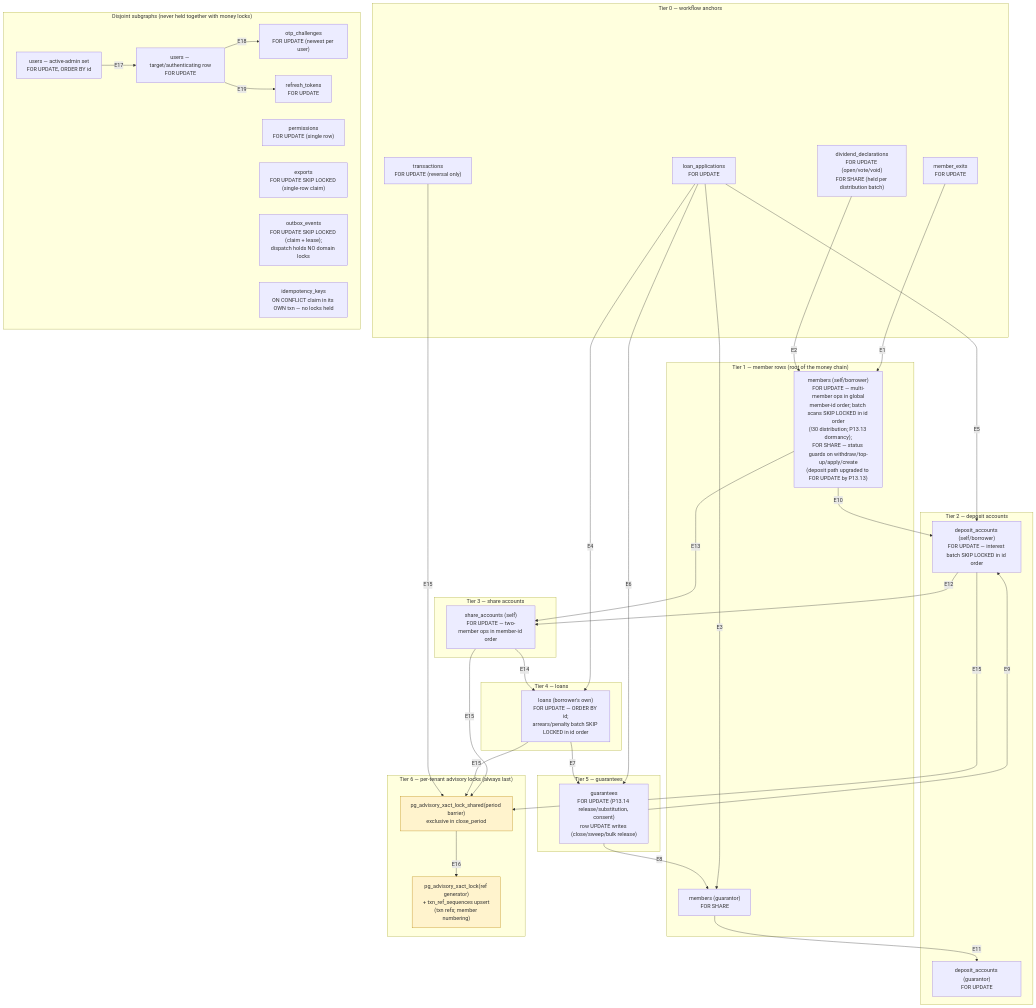
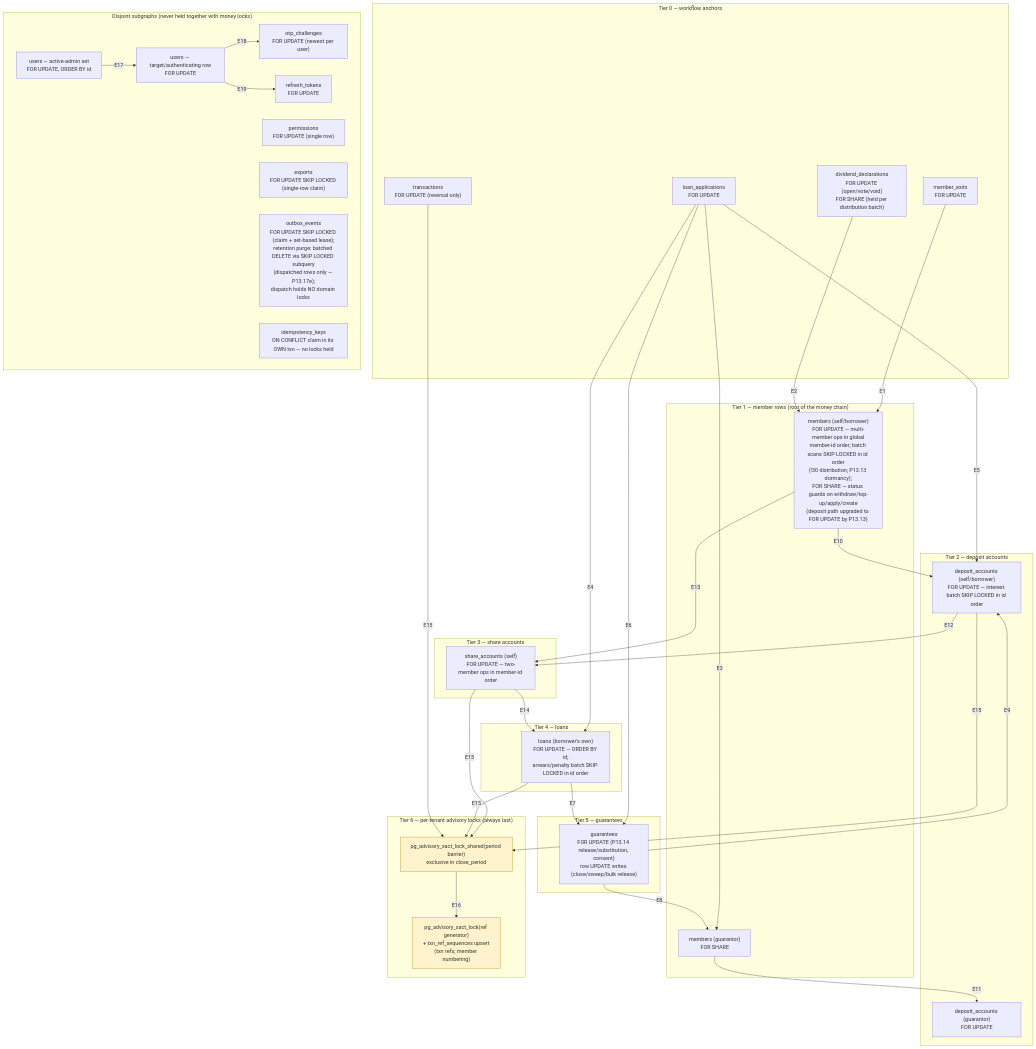
One commit to Benson-Kim/genesis-sacco changed the diagram in docs/diagrams/lock-order.md. Above: the diagram before and after it, drawn with Mermaid. The commit also changed other lines of this file, not shown here.

First line of the commit message:
docs(diagrams): lock-order — catalogue the P13.17(e) outbox purge SKIP LOCKED site (rule 11)

````diff
--- a/docs/diagrams/lock-order.md
+++ b/docs/diagrams/lock-order.md
@@ -42,78 +42,78 @@
 ```mermaid
 flowchart TD
     %% Authored against main @ bb220ad2a9056d6b0daecd646011216b20c5309d
     %% As-built update (P13.13/P13.9 flip) @ 5922b924c68c5ac18e0b097f944855a5786ea268
     %% Edge ids E1..E19 are annotated with code sites in lock-order.md §3.
 
     subgraph T0["Tier 0 — workflow anchors"]
         EXIT["member_exits<br/>FOR UPDATE"]
         DECL["dividend_declarations<br/>FOR UPDATE (open/vote/void)<br/>FOR SHARE (held per distribution batch)"]
         APP["loan_applications<br/>FOR UPDATE"]
         TXN["transactions<br/>FOR UPDATE (reversal only)"]
     end
 
     subgraph T1["Tier 1 — member rows (root of the money chain)"]
         MSELF["members (self/borrower)<br/>FOR UPDATE — multi-member ops in global<br/>member-id order; batch scans SKIP LOCKED in id order<br/>(!30 distribution; P13.13 dormancy);<br/>FOR SHARE — status guards on withdraw/top-up/apply/create<br/>(deposit path upgraded to FOR UPDATE by P13.13)"]
         MGUAR["members (guarantor)<br/>FOR SHARE"]
     end
 
     subgraph T2["Tier 2 — deposit accounts"]
         DSELF["deposit_accounts (self/borrower)<br/>FOR UPDATE — interest batch SKIP LOCKED in id order"]
         DGUAR["deposit_accounts (guarantor)<br/>FOR UPDATE"]
     end
 
     subgraph T3["Tier 3 — share accounts"]
         SSELF["share_accounts (self)<br/>FOR UPDATE — two-member ops in member-id order"]
     end
 
     subgraph T4["Tier 4 — loans"]
         LOANS["loans (borrower's own)<br/>FOR UPDATE — ORDER BY id;<br/>arrears/penalty batch SKIP LOCKED in id order"]
     end
 
     subgraph T5["Tier 5 — guarantees"]
         GUAR["guarantees<br/>FOR UPDATE (P13.14 release/substitution, consent)<br/>row UPDATE writes (close/sweep/bulk release)"]
     end
 
     subgraph T6["Tier 6 — per-tenant advisory locks (always last)"]
         ADVP["pg_advisory_xact_lock_shared(period barrier)<br/>exclusive in close_period"]
         ADVR["pg_advisory_xact_lock(ref generator)<br/>+ txn_ref_sequences upsert<br/>(txn refs; member numbering)"]
     end
 
     EXIT -->|E1| MSELF
     DECL -->|E2| MSELF
     APP -->|E3| MGUAR
     APP -->|E4| LOANS
     APP -->|E5| DSELF
     APP -->|E6| GUAR
     LOANS -->|E7| GUAR
     GUAR -->|E8| MGUAR
     GUAR -->|E9| DSELF
     MSELF -->|E10| DSELF
     MGUAR -->|E11| DGUAR
     DSELF -->|E12| SSELF
     MSELF -->|E13| SSELF
     SSELF -->|E14| LOANS
     DSELF -->|E15| ADVP
     SSELF -->|E15| ADVP
     LOANS -->|E15| ADVP
     TXN -->|E15| ADVP
     ADVP -->|E16| ADVR
 
     subgraph ISO["Disjoint subgraphs (never held together with money locks)"]
         UADM["users — active-admin set<br/>FOR UPDATE, ORDER BY id"]
         UTGT["users — target/authenticating row<br/>FOR UPDATE"]
         OTP["otp_challenges<br/>FOR UPDATE (newest per user)"]
         RT["refresh_tokens<br/>FOR UPDATE"]
         PERM["permissions<br/>FOR UPDATE (single row)"]
         EXP["exports<br/>FOR UPDATE SKIP LOCKED (single-row claim)"]
-        OBX["outbox_events<br/>FOR UPDATE SKIP LOCKED (claim + lease);<br/>dispatch holds NO domain locks"]
+        OBX["outbox_events<br/>FOR UPDATE SKIP LOCKED (claim + set-based lease);<br/>retention purge: batched DELETE via SKIP LOCKED subquery<br/>(dispatched rows only — P13.17e);<br/>dispatch holds NO domain locks"]
         IDEM["idempotency_keys<br/>ON CONFLICT claim in its OWN txn — no locks held"]
         UADM -->|E17| UTGT
         UTGT -->|E18| OTP
         UTGT -->|E19| RT
     end
 
     classDef advisory fill:#fff3cd,stroke:#b8860b;
     classDef incoming fill:#f8f9fa,stroke:#999,stroke-dasharray: 5 5;
     class ADVP,ADVR advisory;
 ```
````
